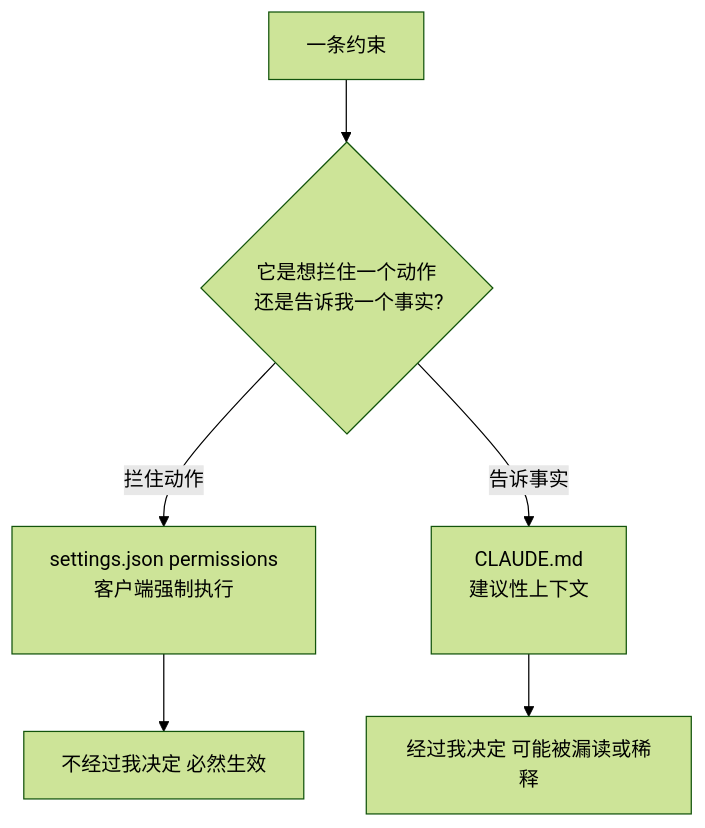
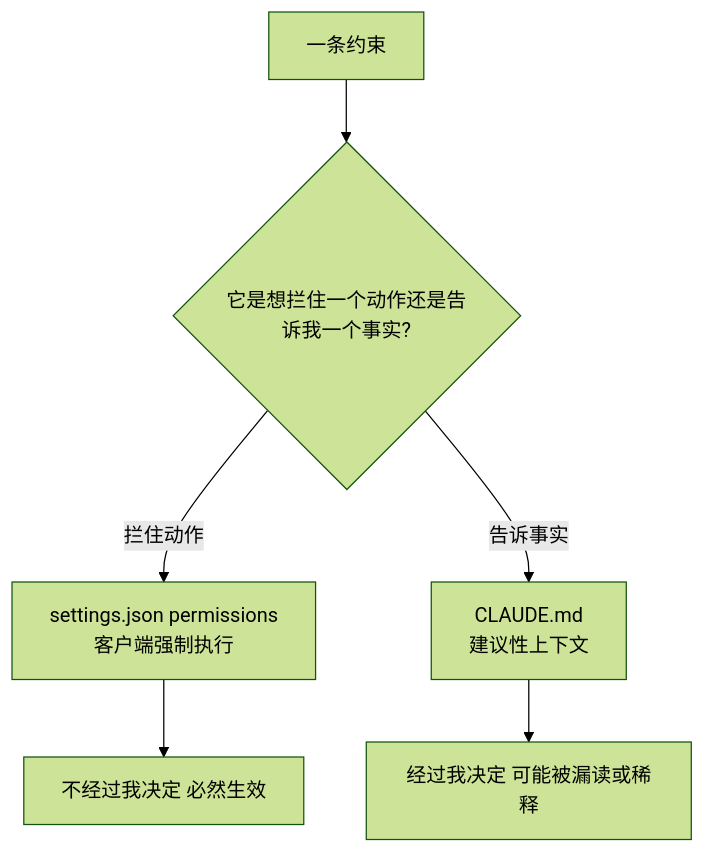
The diagram in docs/00-setup-collaboration/settings-vs-claudemd.mdx (XuebinMa/AIWiki), drawn with Mermaid (forest theme) before and after one commit. The commit also changed 99 other files, not shown here.

First line of the commit message:
fix(mermaid): 全局根治节点文字裁切（htmlLabels:false + 清理 br/nbsp 占位）(#26)

````diff
--- a/docs/00-setup-collaboration/settings-vs-claudemd.mdx
+++ b/docs/00-setup-collaboration/settings-vs-claudemd.mdx
@@ -59,8 +59,8 @@
 ```mermaid
 flowchart TD
-    A[一条约束] --> B{它是想拦住一个动作<br/>&nbsp;还是告诉我一个事实?}
-    B -->|拦住动作| C[settings.json permissions<br/>客户端强制执行<br/>&nbsp;]
-    B -->|告诉事实| D[CLAUDE.md<br/>建议性上下文<br/>&nbsp;]
+    A[一条约束] --> B{它是想拦住一个动作还是告诉我一个事实?}
+    B -->|拦住动作| C[settings.json permissions<br/>客户端强制执行]
+    B -->|告诉事实| D[CLAUDE.md<br/>建议性上下文]
     C --> E[不经过我决定 必然生效]
     D --> F[经过我决定 可能被漏读或稀释]
 ```
````
